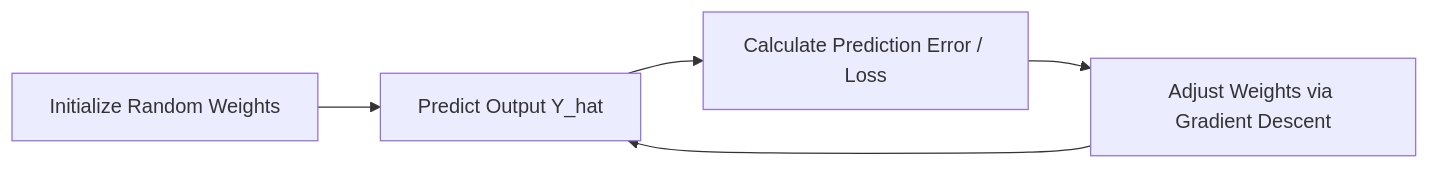
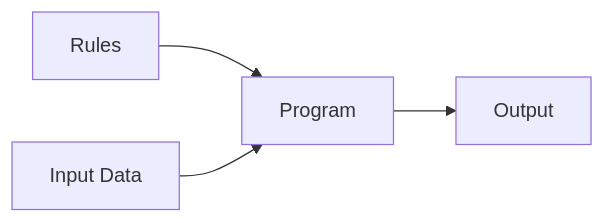
One commit to rohanhrk/data-engineering-notes-2026 changed the fourth of 31 diagrams in Module_07-AI Fundamentals For DE/Class 1 - AI Fundamentals/AI_Fundamentals_For_Data_Engineering.md. Above: the diagram before and after it, drawn with Mermaid. The commit also changed other lines of this file and 3 other files, not shown here.

````diff
--- a/Module_07-AI Fundamentals For DE/Class 1 - AI Fundamentals/AI_Fundamentals_For_Data_Engineering.md
+++ b/Module_07-AI Fundamentals For DE/Class 1 - AI Fundamentals/AI_Fundamentals_For_Data_Engineering.md
@@ -206,7 +176,6 @@
-```mermaid
+``` mermaid
 flowchart LR
-    A[Initialize Random Weights] --> B[Predict Output Y_hat]
-    B --> C[Calculate Prediction Error / Loss]
-    C --> D[Adjust Weights via Gradient Descent]
-    D --> B
+    A[Rules] --> C[Program]
+    B[Input Data] --> C
+    C --> D[Output]
 ```
````
